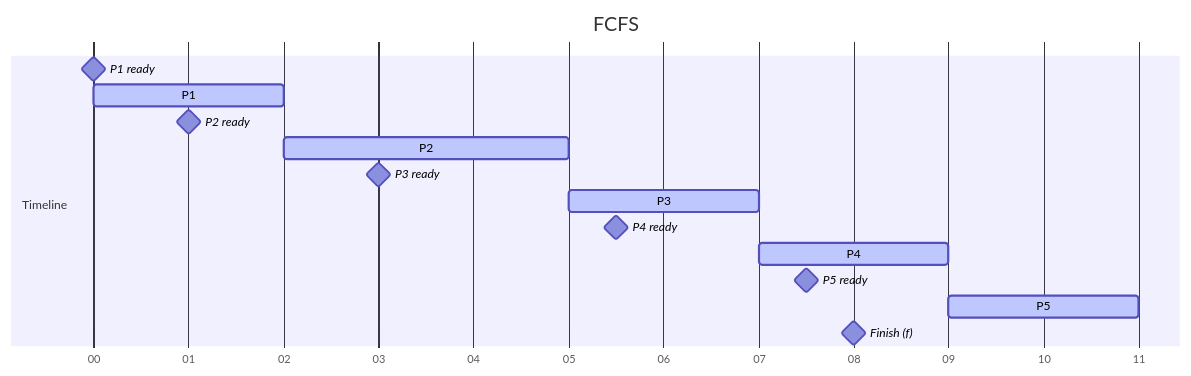
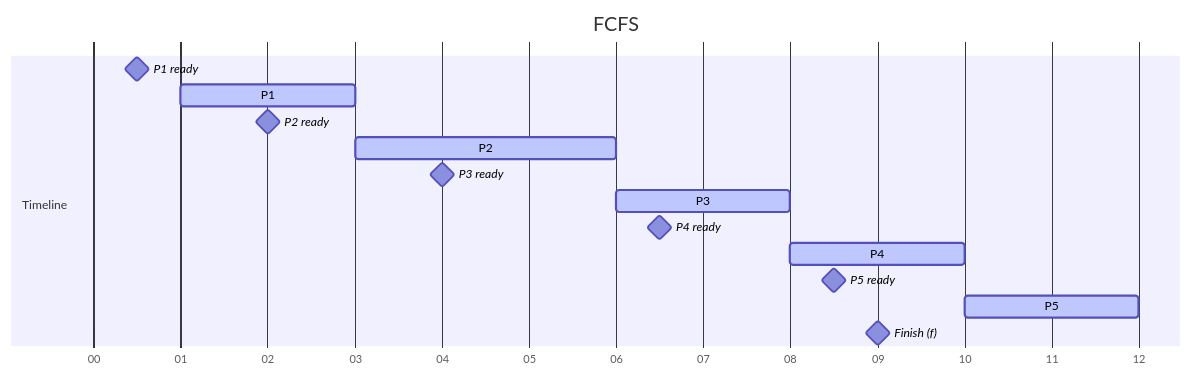
Before and after one commit to leanhvu21042001/LT.K2025.2-CNTT: the third of 3 diagrams in uit/courses/IT007/elearning/IT007-elearning-ch04.md, drawn with Mermaid. The commit also changed other lines of this file, not shown here.

````diff
--- a/uit/courses/IT007/elearning/IT007-elearning-ch04.md
+++ b/uit/courses/IT007/elearning/IT007-elearning-ch04.md
@@ -302,25 +302,25 @@
 ```mermaid
 ---
 config:
   theme: default
   themeVariables:
     fontFamily: "Iosevka"
 ---
 gantt
     title FCFS
     dateFormat SS
     axisFormat %S
 
     section Timeline
-    P1 ready : milestone, m1, 0, 0s
+    P1 ready : milestone, m1, 0, 1s
     P1        : active, w1, after m1, 2s
     P2 ready : milestone, m2, after m1, 2s
     P2        : active, p1, after w1, 3s
     P3 ready : milestone, m3, after m2, 2s
     P3         : active, g1, after p1, 2s
     P4 ready : milestone, m4, after m3, 3s
     P4      : active, p2, after g1, 2s
     P5 ready : milestone, m5, after m4, 1s
     P5       : active, g2, after p2, 2s
     Finish (f)  : milestone, f1, after p3, 0s
 ```
````
